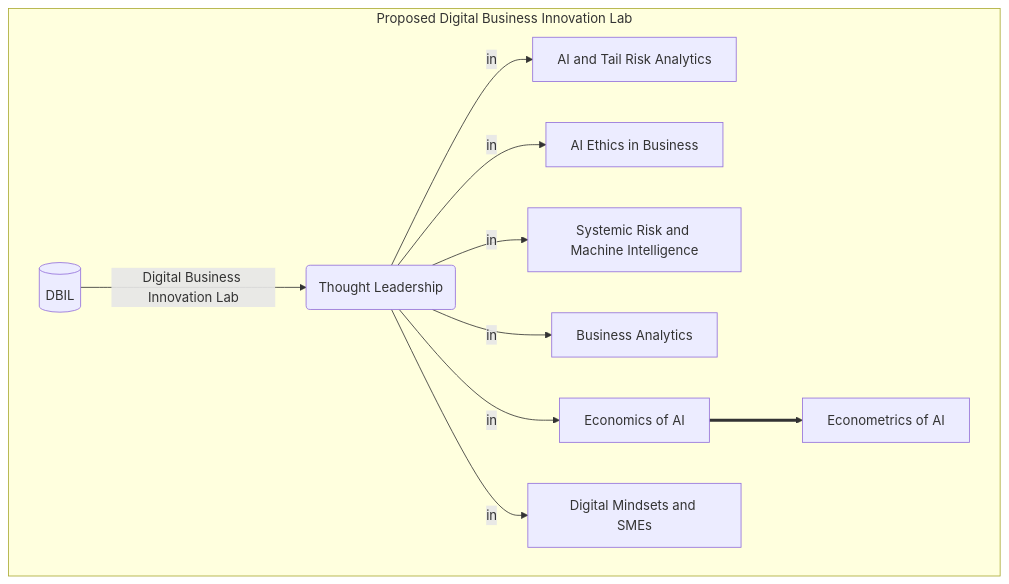
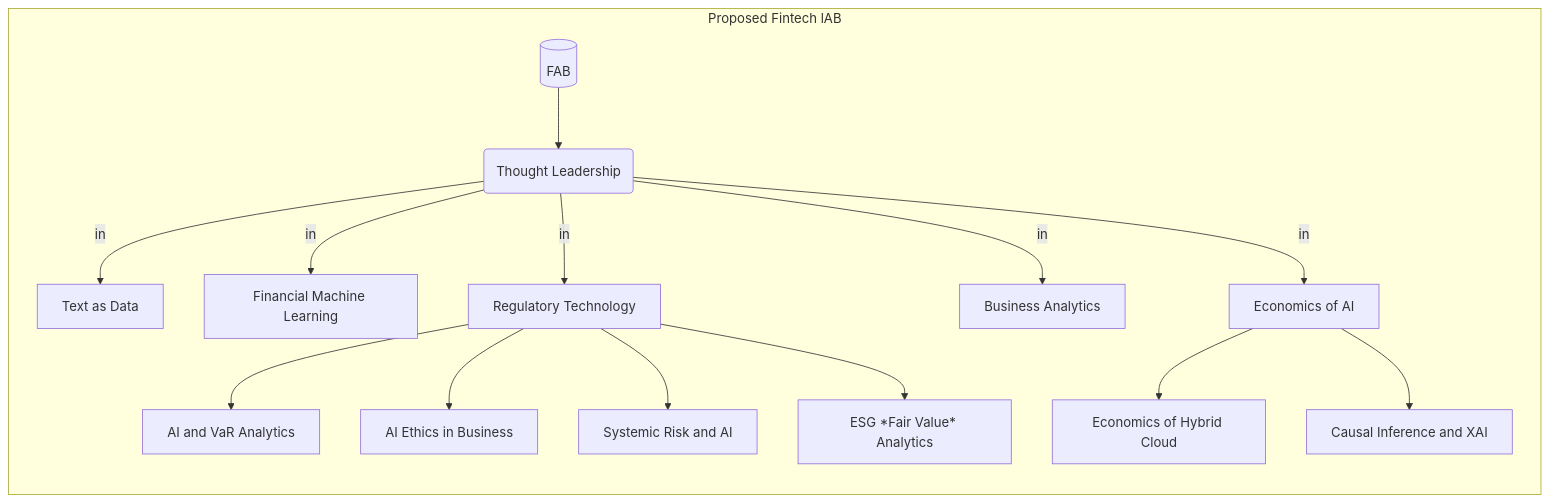
The first of 2 diagrams in index.qmd (quinfer/research-centre), drawn with Mermaid before and after one commit. The commit also changed other lines of this file and 4 other files, not shown here.

````diff
--- a/index.qmd
+++ b/index.qmd
@@ -63,12 +68,11 @@
 ```{mermaid}
-graph TD
-  subgraph Proposed Digital Business Innovation Lab
-    A[(DBIL)]-->|Digital Business Innovation Lab| C(Thought Leadership)
-    C -->|in| D[AI and Tail Risk Analytics]
-    C -->|in| E[AI Ethics in Business]
-    C -->|in| F[Systemic Risk and Machine Intelligence]
+graph LR
+  subgraph Proposed Fintech lAB
+    A[(FAB)]--> C(Thought Leadership)
+    C-->|in| N[Text as Data]
+    C -->|in| P[Financial Machine Learning]
+    C -->|in| S[Regulatory Technology] --> D[AI and VaR Analytics] & E[AI Ethics in Business] & F[Systemic Risk and AI] & R[ESG *Fair Value* Analytics]
     C -->|in| G[Business Analytics]
-    C -->|in| H[Economics of AI] ==> L[Econometrics of AI]
-    C -->|in| I[Digital Mindsets and SMEs]
+    C -->|in| H[Economics of AI] --> Q[Economics of Hybrid Cloud] & L[Causal Inference and XAI]
   end
 ```
````
